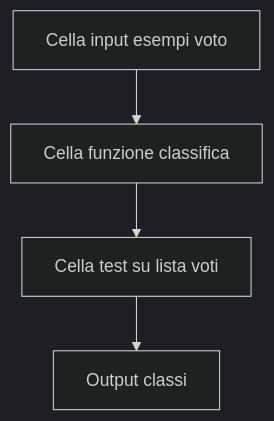
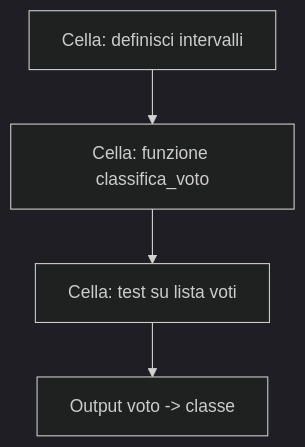
Before and after one commit to lucadagati/Lab_Fondamenti_di_Informatica_25_26: the first of 20 diagrams in 04-python-jupyter-analisi-biomedica/README.md, drawn with Mermaid (dark theme). The commit also changed other lines of this file, not shown here.

First line of the commit message:
README Lab 4: aggiunge testo esercizi e flow più espliciti

````diff
--- a/04-python-jupyter-analisi-biomedica/README.md
+++ b/04-python-jupyter-analisi-biomedica/README.md
@@ -76,6 +80,6 @@
 ```mermaid
 flowchart TD
-    A[Cella input esempi voto] --> B[Cella funzione classifica]
-    B --> C[Cella test su lista voti]
-    C --> D[Output classi]
+    A[Cella: definisci intervalli] --> B[Cella: funzione classifica_voto]
+    B --> C[Cella: test su lista voti]
+    C --> D[Output voto -> classe]
 ```
````
